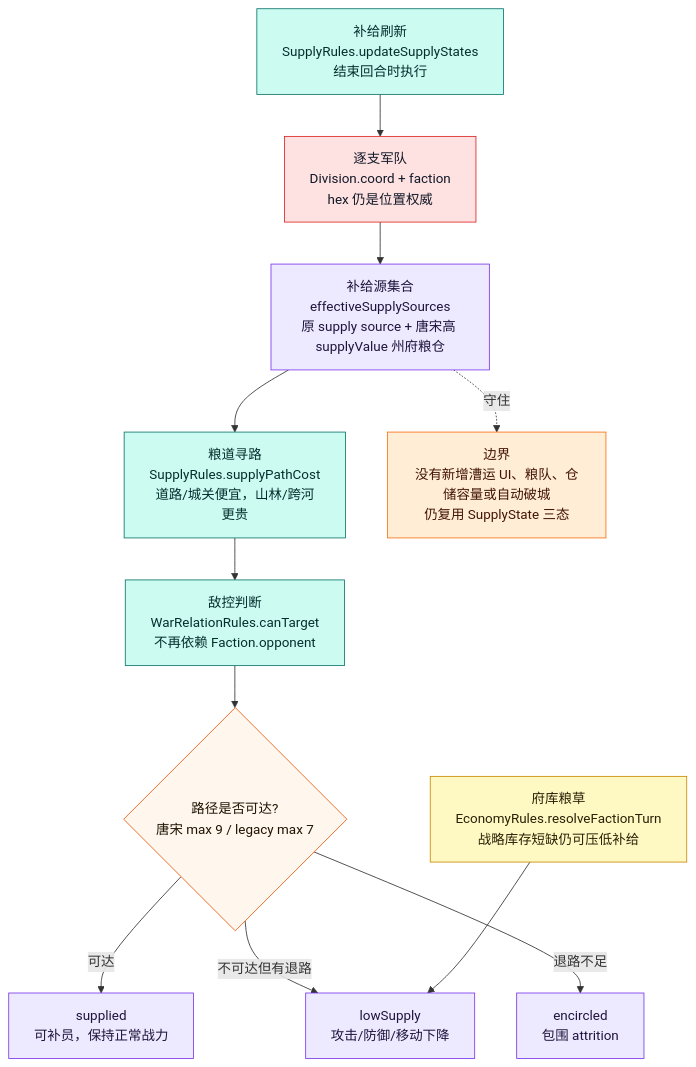
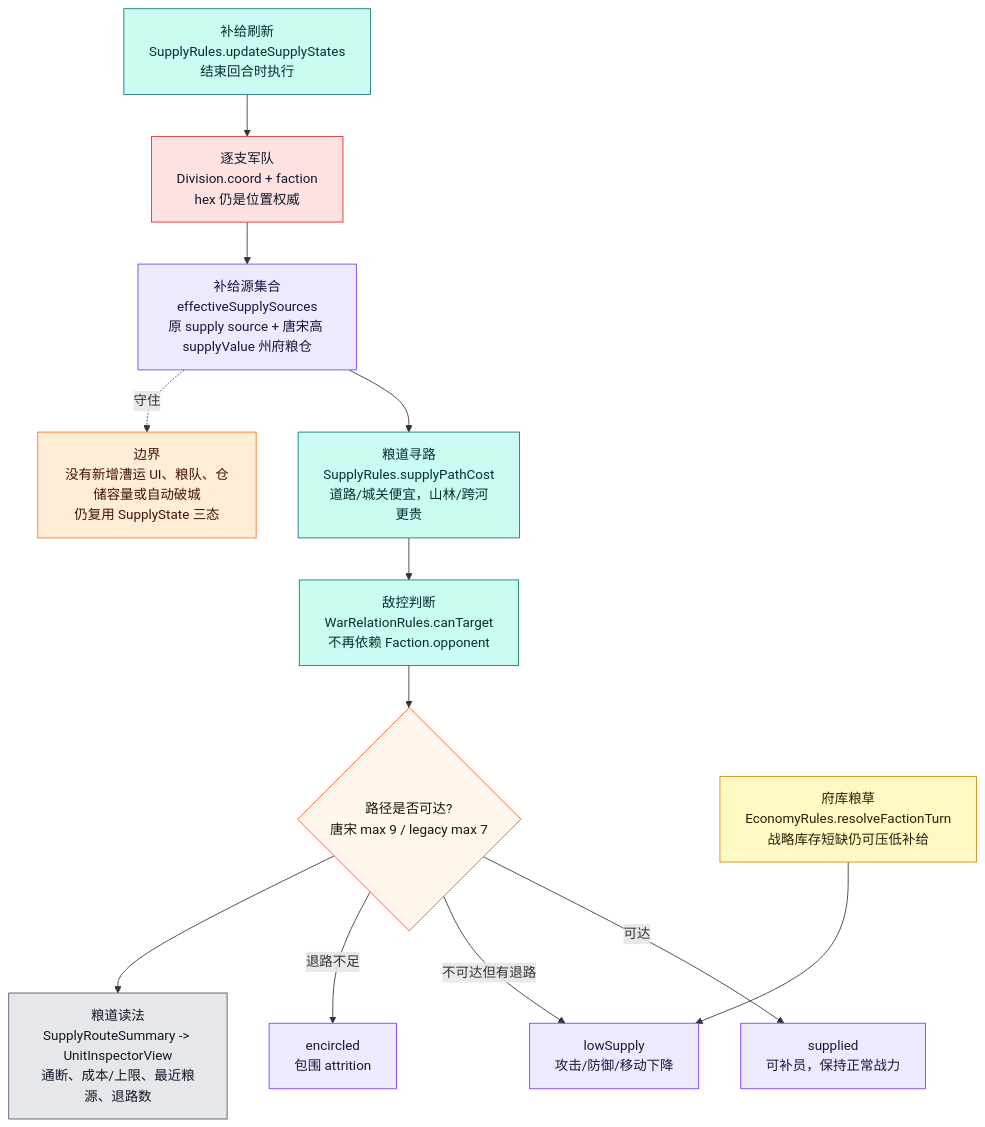
One commit to Altman-sam114/125 changed the fifth of 12 diagrams in md/flow/flowchart.md. Above: the diagram before and after it, drawn with Mermaid. The commit also changed other lines of this file and 8 other files, not shown here.

````diff
--- a/md/flow/flowchart.md
+++ b/md/flow/flowchart.md
@@ -256,29 +256,32 @@
 ```mermaid
 flowchart TD
     START["补给刷新<br/>SupplyRules.updateSupplyStates<br/>结束回合时执行"]:::rules
     DIV["逐支军队<br/>Division.coord + faction<br/>hex 仍是位置权威"]:::authority
     SOURCE["补给源集合<br/>effectiveSupplySources<br/>原 supply source + 唐宋高 supplyValue 州府粮仓"]:::state
     PATH["粮道寻路<br/>SupplyRules.supplyPathCost<br/>道路/城关便宜，山林/跨河更贵"]:::rules
     REL["敌控判断<br/>WarRelationRules.canTarget<br/>不再依赖 Faction.opponent"]:::rules
     STATE{"路径是否可达?<br/>唐宋 max 9 / legacy max 7"}:::decision
     OK["supplied<br/>可补员，保持正常战力"]:::state
     LOW["lowSupply<br/>攻击/防御/移动下降"]:::state
     ENC["encircled<br/>包围 attrition"]:::state
+    READ["粮道读法<br/>SupplyRouteSummary -> UnitInspectorView<br/>通断、成本/上限、最近粮源、退路数"]:::ui
     ECON["府库粮草<br/>EconomyRules.resolveFactionTurn<br/>战略库存短缺仍可压低补给"]:::economy
 
     START --> DIV --> SOURCE --> PATH --> REL --> STATE
     STATE -->|可达| OK
     STATE -->|不可达但有退路| LOW
     STATE -->|退路不足| ENC
+    STATE --> READ
     ECON --> LOW
 
     WARN["边界<br/>没有新增漕运 UI、粮队、仓储容量或自动破城<br/>仍复用 SupplyState 三态"]:::warn
     SOURCE -.守住.-> WARN
 
     classDef rules fill:#ccfbf1,stroke:#0f766e,color:#042f2e
     classDef authority fill:#fee2e2,stroke:#dc2626,color:#111827
     classDef state fill:#ede9fe,stroke:#7c3aed,color:#1f143d
     classDef decision fill:#fff7ed,stroke:#ea580c,color:#1f1300
+    classDef ui fill:#e5e7eb,stroke:#4b5563,color:#111827
     classDef economy fill:#fef9c3,stroke:#ca8a04,color:#292107
     classDef warn fill:#ffedd5,stroke:#f97316,color:#431407
 ```
````
